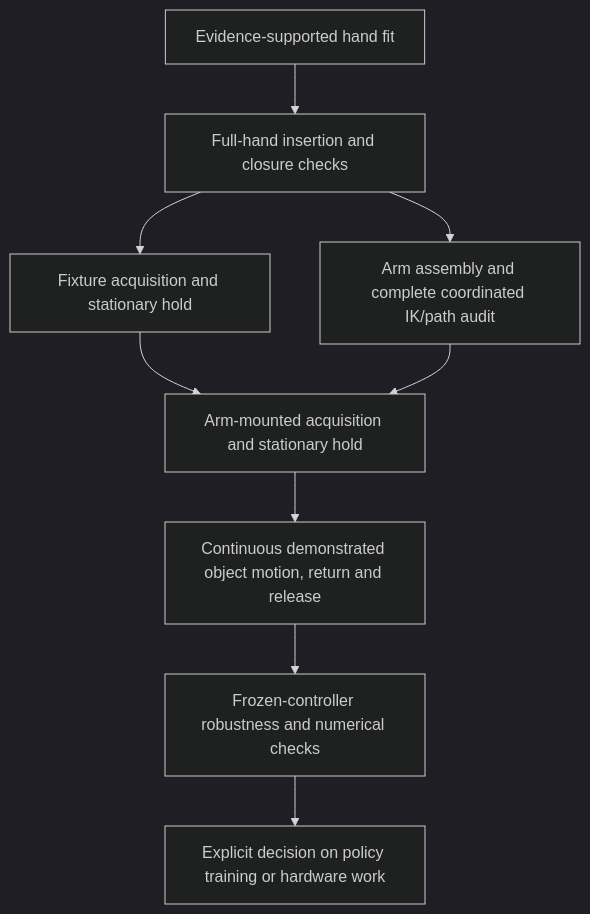
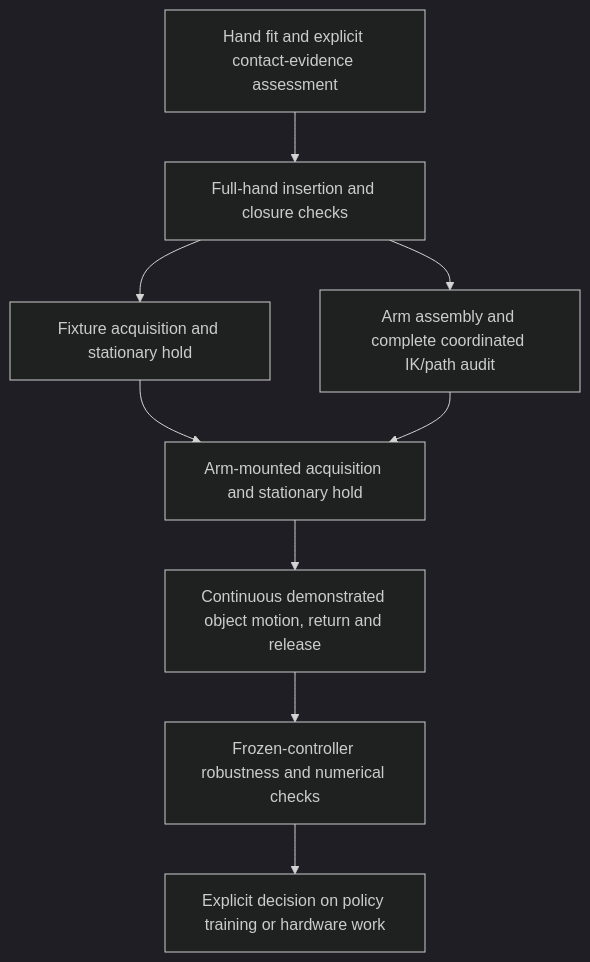
One commit to isyed/real2sim2real changed the diagram in docs/CONTROL_READINESS.md. Above: the diagram before and after it, drawn with Mermaid (dark theme). The commit also changed other lines of this file and 6 other files, not shown here.

Commit message:
Audit paired acquisition and preserve scoped contact evidence

````diff
--- a/docs/CONTROL_READINESS.md
+++ b/docs/CONTROL_READINESS.md
@@ -37,11 +37,11 @@
 ```mermaid
 flowchart TD
-    A[Evidence-supported hand fit] --> B[Full-hand insertion and closure checks]
+    A[Hand fit and explicit contact-evidence assessment] --> B[Full-hand insertion and closure checks]
     B --> C[Fixture acquisition and stationary hold]
     B --> D[Arm assembly and complete coordinated IK/path audit]
     C --> E[Arm-mounted acquisition and stationary hold]
     D --> E
     E --> F[Continuous demonstrated object motion, return and release]
     F --> G[Frozen-controller robustness and numerical checks]
     G --> H[Explicit decision on policy training or hardware work]
 ```
````
